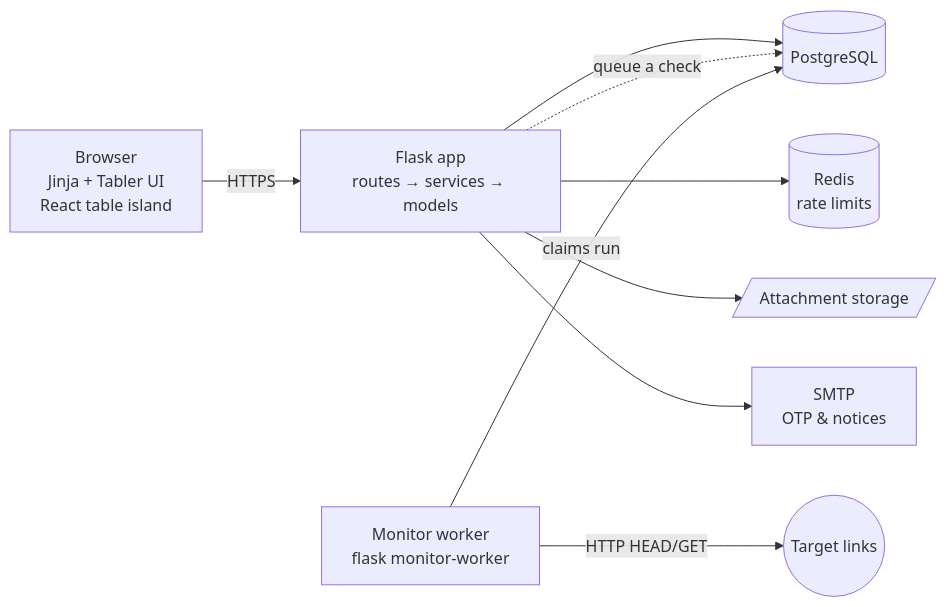
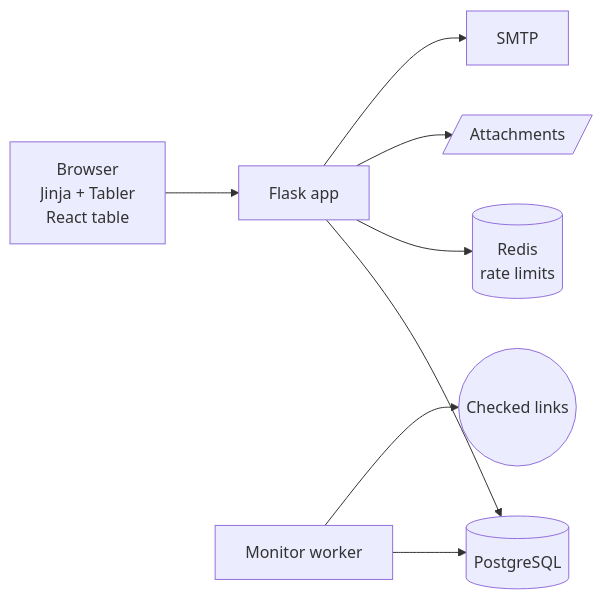
The first of 3 diagrams in .github/README.md (Masbismaa/mtoa_alr), drawn with Mermaid before and after one commit. The commit also changed other lines of this file, not shown here.

````diff
--- a/.github/README.md
+++ b/.github/README.md
@@ -92,11 +75,10 @@
 ```mermaid
 flowchart LR
-    B[Browser<br/>Jinja + Tabler UI<br/>React table island] -->|HTTPS| W[Flask app<br/>routes → services → models]
+    B[Browser<br/>Jinja + Tabler<br/>React table] --> W[Flask app]
     W --> DB[(PostgreSQL)]
     W --> R[(Redis<br/>rate limits)]
-    W --> F[/Attachment storage/]
-    W -. queue a check .-> DB
-    K[Monitor worker<br/>flask monitor-worker] -->|claims run| DB
-    K -->|HTTP HEAD/GET| T((Target links))
-    W --> M[SMTP<br/>OTP & notices]
+    W --> F[/Attachments/]
+    W --> M[SMTP]
+    K[Monitor worker] --> DB
+    K --> T((Checked links))
 ```
````
